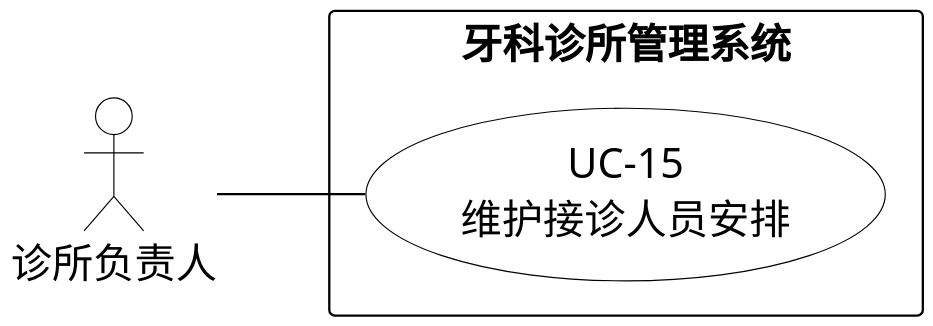
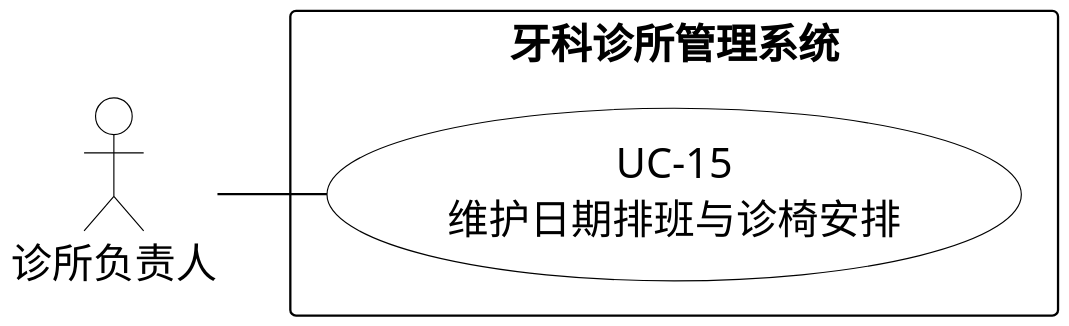
One commit to Shawmc-creator/systemAnalyseAndDesign changed the diagram in 01-需求文档/diagrams/07-15-system-use-case.puml. Above: the diagram before and after it, drawn with PlantUML. The commit also changed 736 other files, not shown here.

```diff
--- a/01-需求文档/diagrams/07-15-system-use-case.puml
+++ b/01-需求文档/diagrams/07-15-system-use-case.puml
@@ -1,29 +1,29 @@
 @startuml
 skinparam backgroundColor white
 skinparam shadowing false
 skinparam defaultFontName SimSun
 skinparam defaultFontSize 18
 skinparam dpi 220
 skinparam ArrowColor black
-skinparam nodesep 24
-skinparam ranksep 65
+skinparam nodesep 22
+skinparam ranksep 48
 skinparam actor {
  BorderColor black
  BackgroundColor white
 }
 skinparam usecase {
  BorderColor black
  BackgroundColor white
 }
 skinparam rectangle {
  BorderColor black
  BackgroundColor white
 }
 left to right direction
 actor "诊所负责人" as A0
 rectangle "牙科诊所管理系统" {
- usecase "UC-15\n维护接诊人员安排" as U
+ usecase "UC-15\n维护日期排班与诊椅安排" as U
 }
 A0 -- U
 
 @enduml
```
